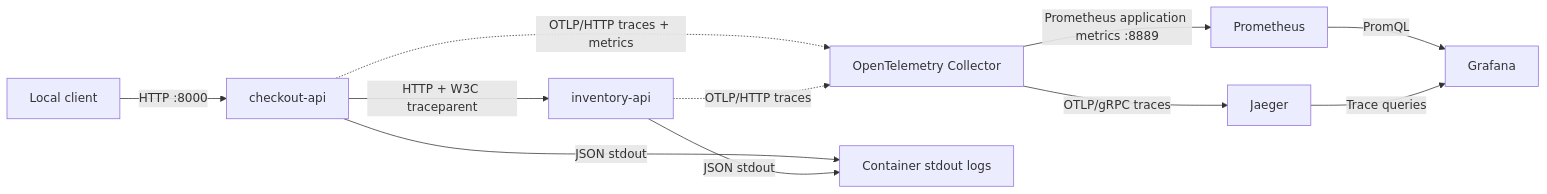
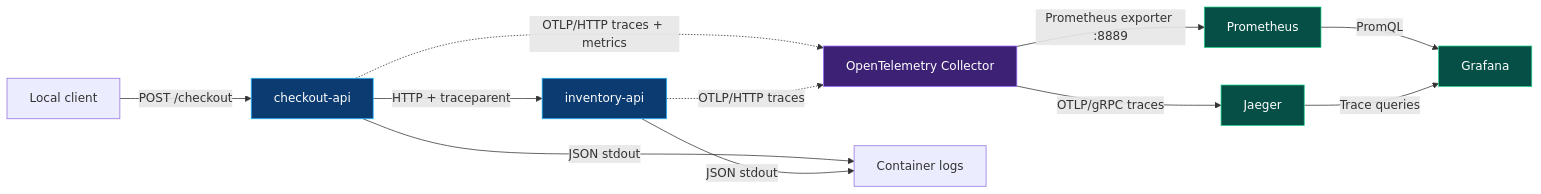
Before and after one commit to moahmedzaghloula/Checkout-Observability: the diagram in README.md, drawn with Mermaid. The commit also changed other lines of this file and 2 other files, not shown here.

````diff
--- a/README.md
+++ b/README.md
@@ -7,15 +117,23 @@
 ```mermaid
 flowchart LR
-    User[Local client] -->|HTTP :8000| Checkout[checkout-api]
-    Checkout -->|HTTP + W3C traceparent| Inventory[inventory-api]
+    Client[Local client] -->|POST /checkout| Checkout[checkout-api]
+    Checkout -->|HTTP + traceparent| Inventory[inventory-api]
 
     Checkout -.->|OTLP/HTTP traces + metrics| Collector[OpenTelemetry Collector]
     Inventory -.->|OTLP/HTTP traces| Collector
+
     Collector -->|OTLP/gRPC traces| Jaeger[Jaeger]
-    Collector -->|Prometheus application metrics :8889| Prometheus[Prometheus]
+    Collector -->|Prometheus exporter :8889| Prometheus[Prometheus]
     Prometheus -->|PromQL| Grafana[Grafana]
     Jaeger -->|Trace queries| Grafana
 
-    Checkout -->|JSON stdout| Logs[Container stdout logs]
+    Checkout -->|JSON stdout| Logs[Container logs]
     Inventory -->|JSON stdout| Logs
+
+    classDef app fill:#0b3b70,stroke:#20b8ff,color:#fff;
+    classDef pipe fill:#3d2175,stroke:#9b6cff,color:#fff;
+    classDef backend fill:#064f46,stroke:#23d18b,color:#fff;
+    class Checkout,Inventory app;
+    class Collector pipe;
+    class Jaeger,Prometheus,Grafana backend;
 ```
````
